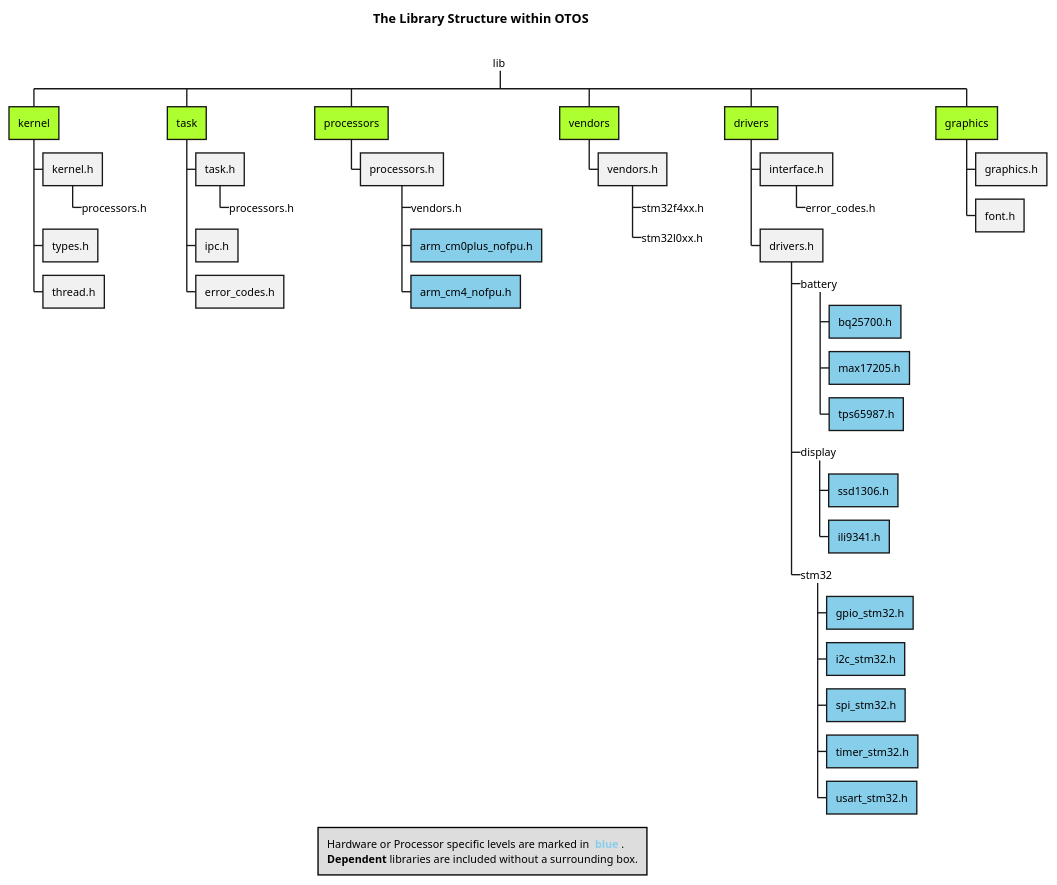
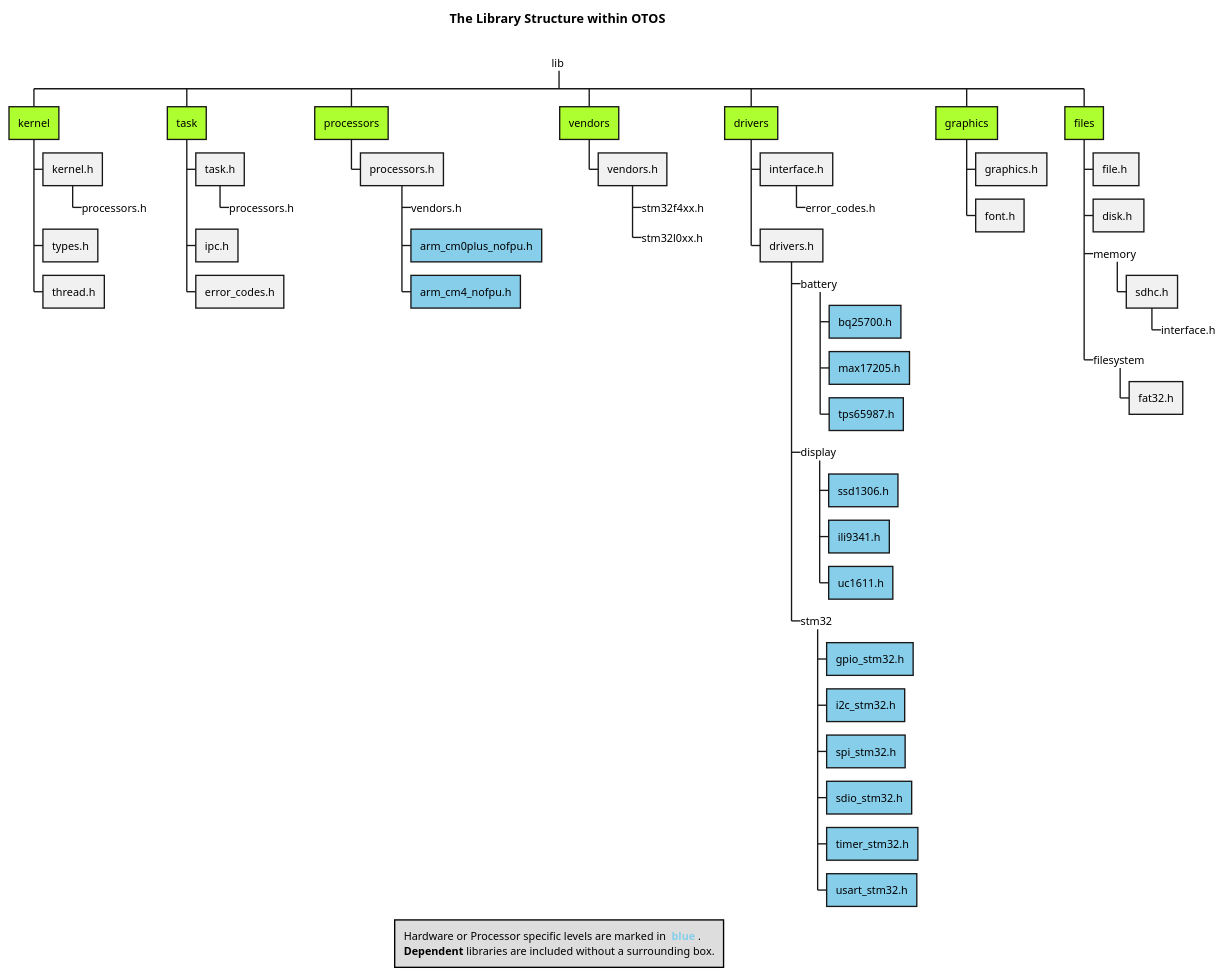
The diagram in doc/UML/WBS_LibStructure.puml (SebastianOberschwendtner/OTOS), drawn with PlantUML before and after one commit. The commit also changed 10 other files, not shown here.

```diff
--- a/doc/UML/WBS_LibStructure.puml
+++ b/doc/UML/WBS_LibStructure.puml
@@ -1,59 +1,71 @@
 @startwbs WBS_LibStructure
 title The Library Structure within **OTOS** \n
 legend Hardware or Processor specific levels are marked in **<color #SkyBlue> blue </color>**.\n<b>Dependent</b> libraries are included without a surrounding box.
 
 *_ lib
 
 ' === Kernel ===
 **[#GreenYellow] kernel
 *** kernel.h
 ****_ processors.h
 ' *** schedule.h
 *** types.h
 *** thread.h
 
 ' === Task ===
 **[#GreenYellow] task
 *** task.h
 ****_ processors.h
 *** ipc.h
 *** error_codes.h
 
 ' === Processors ===
 **[#GreenYellow] processors
 *** processors.h
 ****_ vendors.h
 ****[#SkyBlue] arm_cm0plus_nofpu.h
 ****[#SkyBlue] arm_cm4_nofpu.h
 
 ' === Vendors ===
 **[#GreenYellow] vendors
 *** vendors.h
 ****_ stm32f4xx.h
 ****_ stm32l0xx.h
 
 ' === Drivers ===
 **[#GreenYellow] drivers
 *** interface.h
 ****_ error_codes.h
 *** drivers.h
 ****_ battery
 *****[#SkyBlue] bq25700.h
 *****[#SkyBlue] max17205.h
 *****[#SkyBlue] tps65987.h
 ****_ display
 *****[#SkyBlue] ssd1306.h
 *****[#SkyBlue] ili9341.h
+*****[#SkyBlue] uc1611.h
 ****_ stm32
 *****[#SkyBlue] gpio_stm32.h
 *****[#SkyBlue] i2c_stm32.h
 *****[#SkyBlue] spi_stm32.h
+*****[#SkyBlue] sdio_stm32.h
 *****[#SkyBlue] timer_stm32.h
 *****[#SkyBlue] usart_stm32.h
 
 ' === Graphics ===
 **[#GreenYellow] graphics
 *** graphics.h
 *** font.h
 
+' === Files ===
+**[#GreenYellow] files
+*** file.h 
+*** disk.h 
+***_ memory 
+**** sdhc.h
+*****_ interface.h
+***_ filesystem
+**** fat32.h
+
 @endwbs
```
